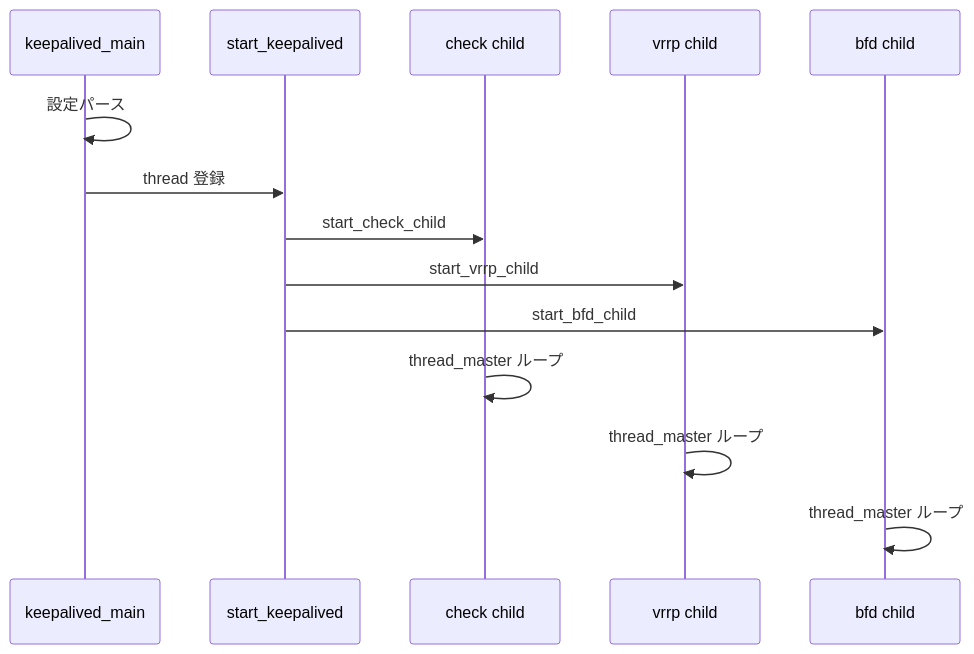
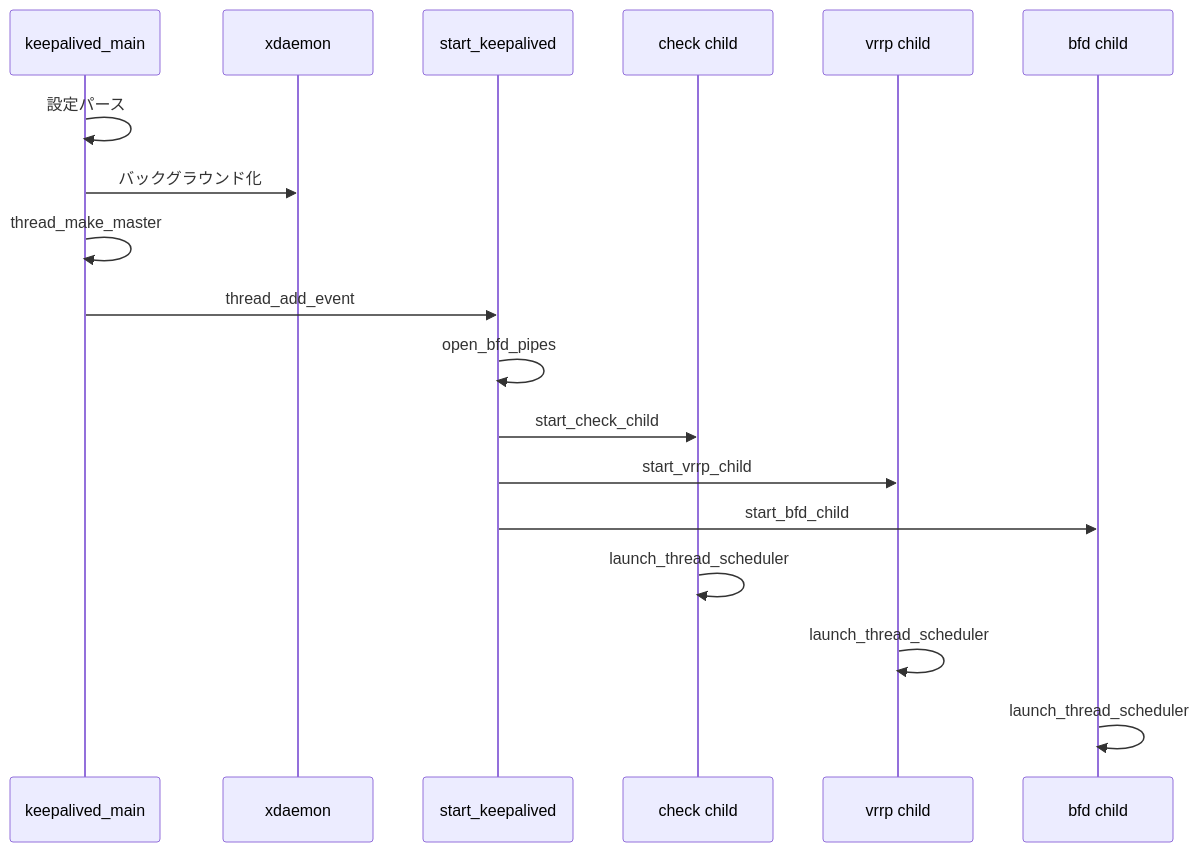
One commit to miyamadoKL/source-code-reading changed the diagram in keepalived/part00-overview/02-startup-and-process-model.md. Above: the diagram before and after it, drawn with Mermaid. The commit also changed other lines of this file and 71 other files, not shown here.

````diff
--- a/keepalived/part00-overview/02-startup-and-process-model.md
+++ b/keepalived/part00-overview/02-startup-and-process-model.md
@@ -102,16 +279,20 @@
 ```mermaid
 sequenceDiagram
   participant M as keepalived_main
+  participant D as xdaemon
   participant S as start_keepalived
   participant C as check child
   participant V as vrrp child
   participant B as bfd child
   M->>M: 設定パース
-  M->>S: thread 登録
+  M->>D: バックグラウンド化
+  M->>M: thread_make_master
+  M->>S: thread_add_event
+  S->>S: open_bfd_pipes
   S->>C: start_check_child
   S->>V: start_vrrp_child
   S->>B: start_bfd_child
-  C->>C: thread_master ループ
-  V->>V: thread_master ループ
-  B->>B: thread_master ループ
+  C->>C: launch_thread_scheduler
+  V->>V: launch_thread_scheduler
+  B->>B: launch_thread_scheduler
 ```
````
